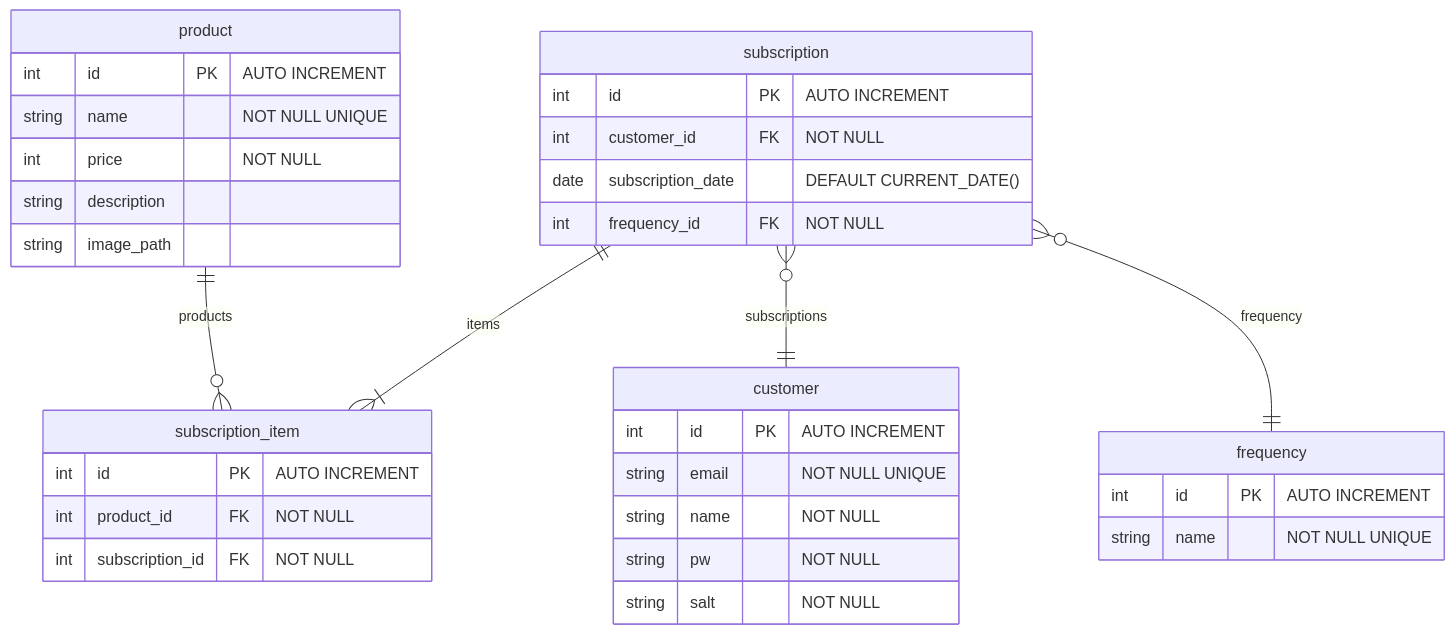
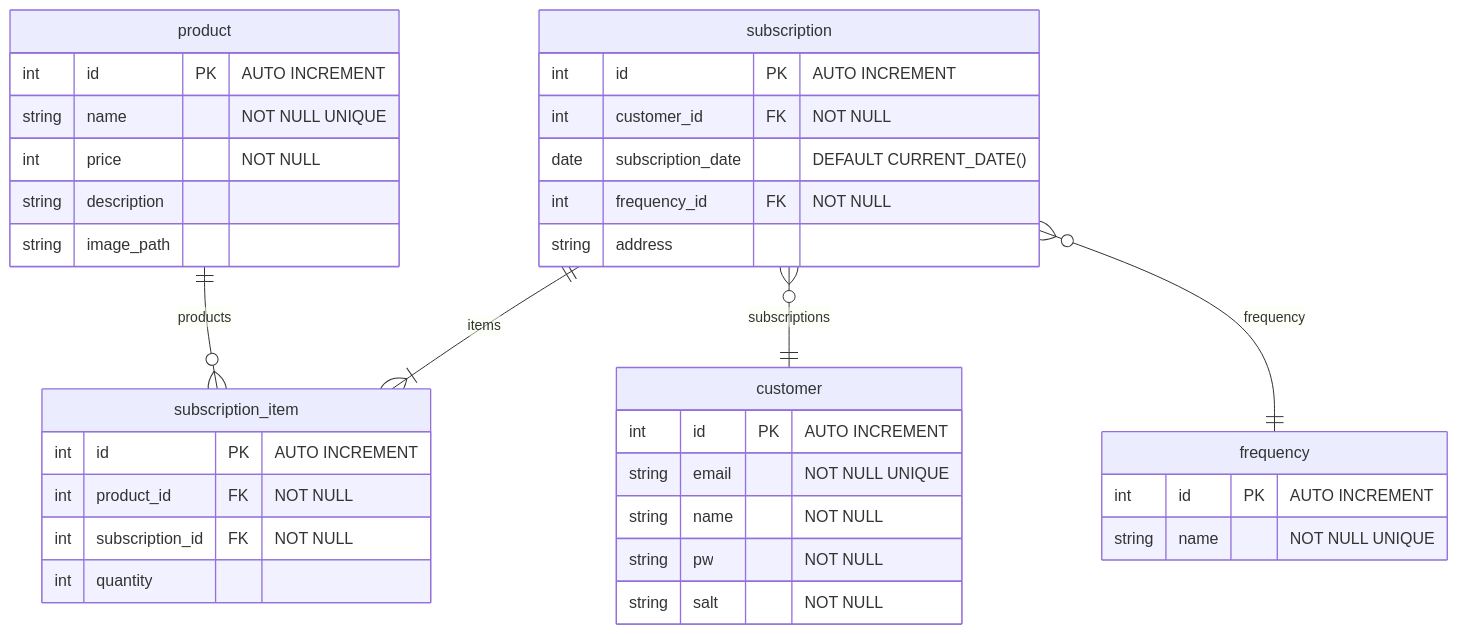
Before and after one commit to vargapeter-akademia/cafe-loop: the diagram in docs/entities.md, drawn with Mermaid.

````diff
--- a/docs/entities.md
+++ b/docs/entities.md
@@ -2,42 +2,44 @@
 ```mermaid
 erDiagram
     customer {
         int id PK "AUTO INCREMENT"
         string email "NOT NULL UNIQUE"
         string name "NOT NULL"
         string pw "NOT NULL"
         string salt "NOT NULL"
     }
     
     product {
         int id PK "AUTO INCREMENT"
         string name "NOT NULL UNIQUE"
         int price "NOT NULL"
         string description
         string image_path
     }
     
     frequency {
         int id PK "AUTO INCREMENT"
         string name "NOT NULL UNIQUE"
     }
     
     subscription {
         int id PK "AUTO INCREMENT"
         int customer_id FK "NOT NULL"
         date subscription_date "DEFAULT CURRENT_DATE()"
         int frequency_id FK "NOT NULL"
+        string address
     }
     
     subscription }O--|| frequency: frequency
     subscription }O--|| customer: subscriptions
     subscription ||--|{ subscription_item: items
     product ||--o{ subscription_item: products
     
     subscription_item {
         int id PK "AUTO INCREMENT"
         int product_id FK "NOT NULL"
         int subscription_id FK "NOT NULL"
+        int quantity
     }
 
 ```
````
